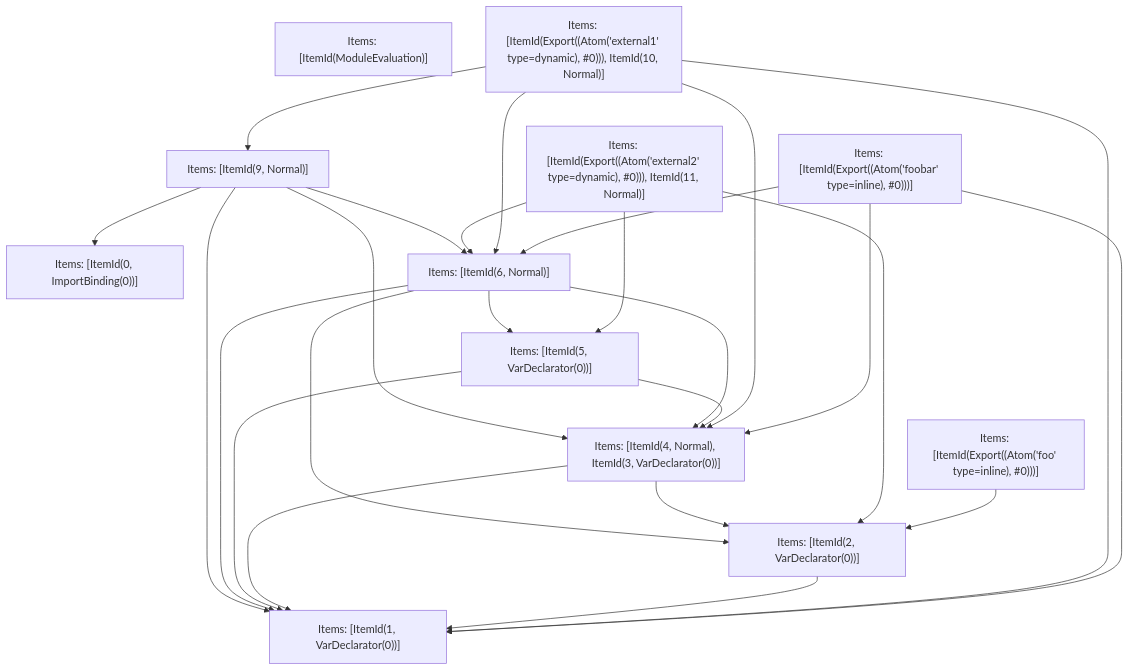
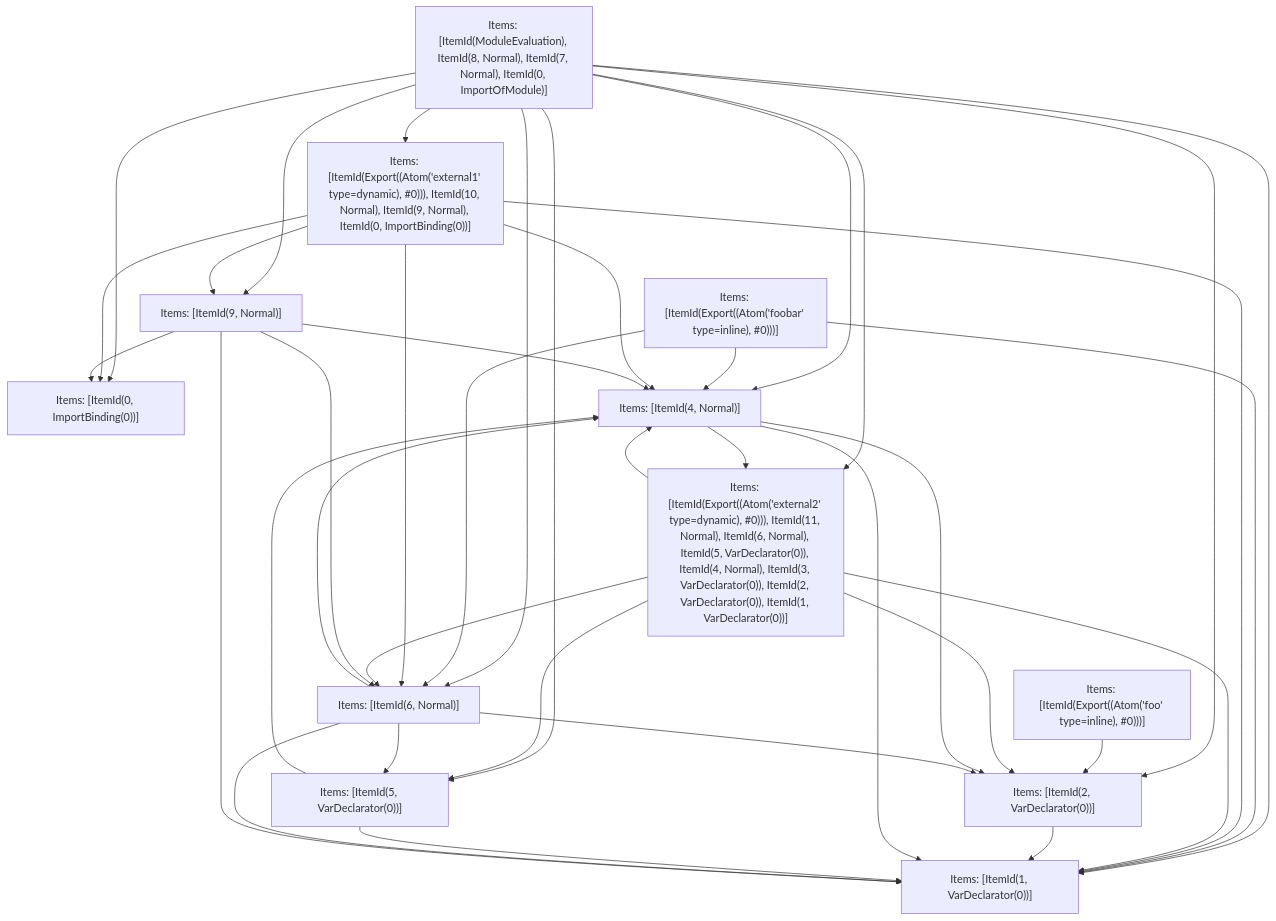
The fifth of 5 diagrams in crates/turbopack-ecmascript/tests/tree-shaker/analyzer/1/output.md (vercel/turborepo), drawn with Mermaid before and after one commit. The commit also changed other lines of this file and 3 other files, not shown here.

````diff
--- a/crates/turbopack-ecmascript/tests/tree-shaker/analyzer/1/output.md
+++ b/crates/turbopack-ecmascript/tests/tree-shaker/analyzer/1/output.md
@@ -341,39 +352,52 @@
 ```mermaid
 graph TD
-    N0["Items: [ItemId(ModuleEvaluation)]"];
+    N0["Items: [ItemId(ModuleEvaluation), ItemId(8, Normal), ItemId(7, Normal), ItemId(0, ImportOfModule)]"];
     N1["Items: [ItemId(Export((Atom('foobar' type=inline), #0)))]"];
     N2["Items: [ItemId(Export((Atom('foo' type=inline), #0)))]"];
-    N3["Items: [ItemId(Export((Atom('external1' type=dynamic), #0))), ItemId(10, Normal)]"];
-    N4["Items: [ItemId(Export((Atom('external2' type=dynamic), #0))), ItemId(11, Normal)]"];
+    N3["Items: [ItemId(Export((Atom('external1' type=dynamic), #0))), ItemId(10, Normal), ItemId(9, Normal), ItemId(0, ImportBinding(0))]"];
+    N4["Items: [ItemId(Export((Atom('external2' type=dynamic), #0))), ItemId(11, Normal), ItemId(6, Normal), ItemId(5, VarDeclarator(0)), ItemId(4, Normal), ItemId(3, VarDeclarator(0)), ItemId(2, VarDeclarator(0)), ItemId(1, VarDeclarator(0))]"];
     N5["Items: [ItemId(0, ImportBinding(0))]"];
     N6["Items: [ItemId(1, VarDeclarator(0))]"];
     N7["Items: [ItemId(2, VarDeclarator(0))]"];
-    N8["Items: [ItemId(4, Normal), ItemId(3, VarDeclarator(0))]"];
+    N8["Items: [ItemId(4, Normal)]"];
     N9["Items: [ItemId(5, VarDeclarator(0))]"];
     N10["Items: [ItemId(6, Normal)]"];
     N11["Items: [ItemId(9, Normal)]"];
+    N0 --> N3;
+    N0 --> N5;
+    N0 --> N6;
+    N0 --> N8;
+    N0 --> N10;
+    N0 --> N7;
+    N0 --> N9;
+    N0 --> N4;
+    N0 --> N11;
     N1 --> N6;
     N1 --> N8;
     N1 --> N10;
     N2 --> N7;
     N3 --> N11;
     N3 --> N6;
     N3 --> N8;
     N3 --> N10;
+    N3 --> N5;
     N4 --> N7;
     N4 --> N9;
     N4 --> N10;
+    N4 --> N6;
+    N4 --> N8;
     N7 --> N6;
+    N8 --> N4;
     N8 --> N6;
     N8 --> N7;
     N9 --> N6;
     N9 --> N8;
     N10 --> N6;
     N10 --> N8;
     N10 --> N7;
     N10 --> N9;
     N11 --> N5;
     N11 --> N6;
     N11 --> N8;
     N11 --> N10;
 ```
````
